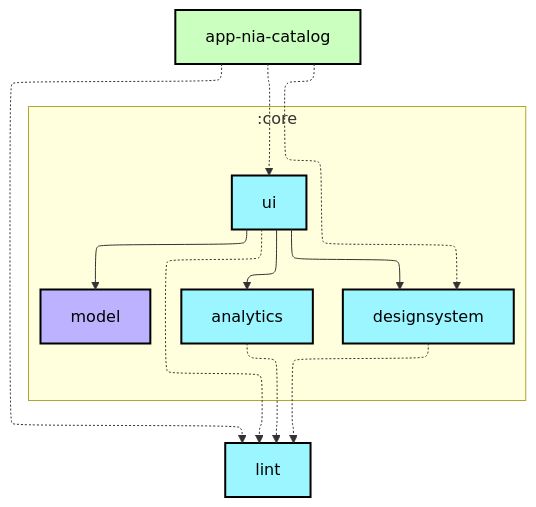
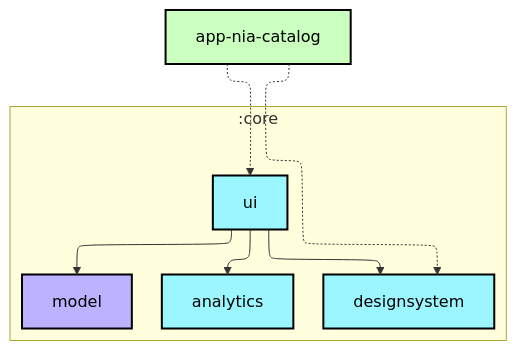
One commit to android/nowinandroid changed the first of 2 diagrams in app-nia-catalog/README.md. Above: the diagram before and after it, drawn with Mermaid. The commit also changed 30 other files, not shown here.

````diff
--- a/app-nia-catalog/README.md
+++ b/app-nia-catalog/README.md
@@ -6,35 +6,30 @@
 ```mermaid
 ---
 config:
   layout: elk
   elk:
     nodePlacementStrategy: SIMPLE
 ---
 graph TB
   subgraph :core
     direction TB
     :core:analytics[analytics]:::android-library
     :core:designsystem[designsystem]:::android-library
     :core:model[model]:::jvm-library
     :core:ui[ui]:::android-library
   end
-  :lint[lint]:::android-library
   :app-nia-catalog[app-nia-catalog]:::android-application
 
   :app-nia-catalog -.-> :core:designsystem
   :app-nia-catalog -.-> :core:ui
-  :app-nia-catalog -.-> :lint
-  :core:analytics -.-> :lint
-  :core:designsystem -.-> :lint
   :core:ui --> :core:analytics
   :core:ui --> :core:designsystem
   :core:ui --> :core:model
-  :core:ui -.-> :lint
 
 classDef android-application fill:#CAFFBF,stroke:#000,stroke-width:2px,color:#000;
 classDef android-feature fill:#FFD6A5,stroke:#000,stroke-width:2px,color:#000;
 classDef android-library fill:#9BF6FF,stroke:#000,stroke-width:2px,color:#000;
 classDef android-test fill:#A0C4FF,stroke:#000,stroke-width:2px,color:#000;
 classDef jvm-library fill:#BDB2FF,stroke:#000,stroke-width:2px,color:#000;
 classDef unknown fill:#FFADAD,stroke:#000,stroke-width:2px,color:#000;
 ```
````
